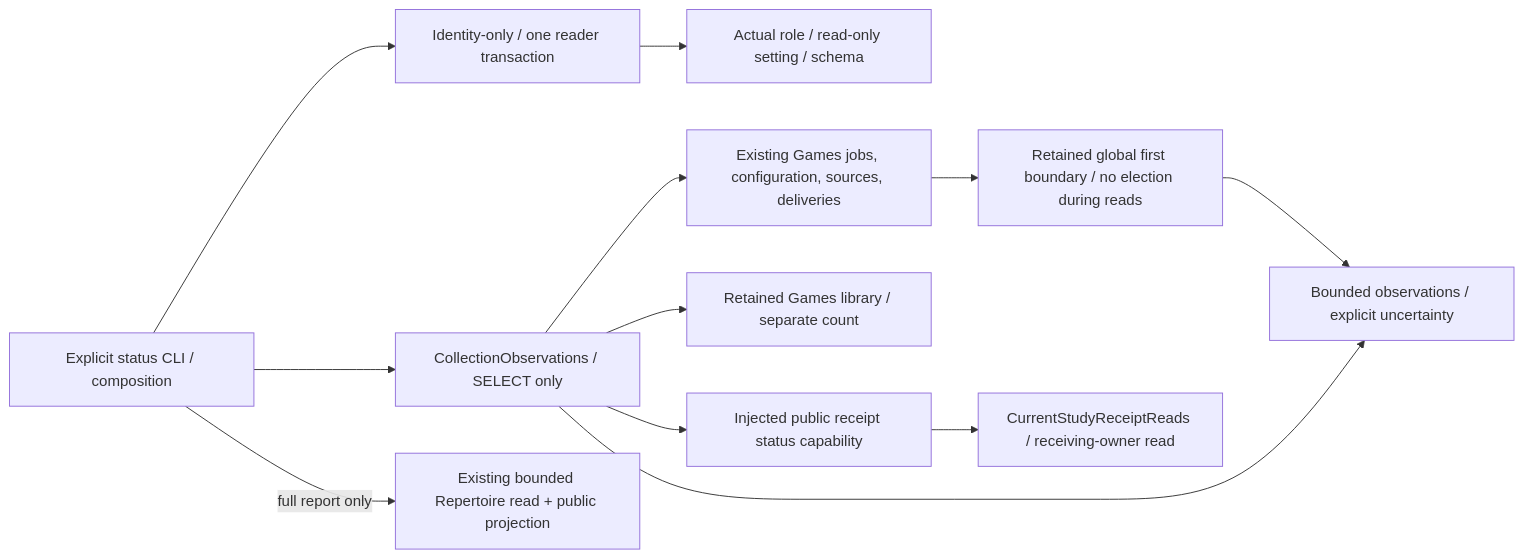
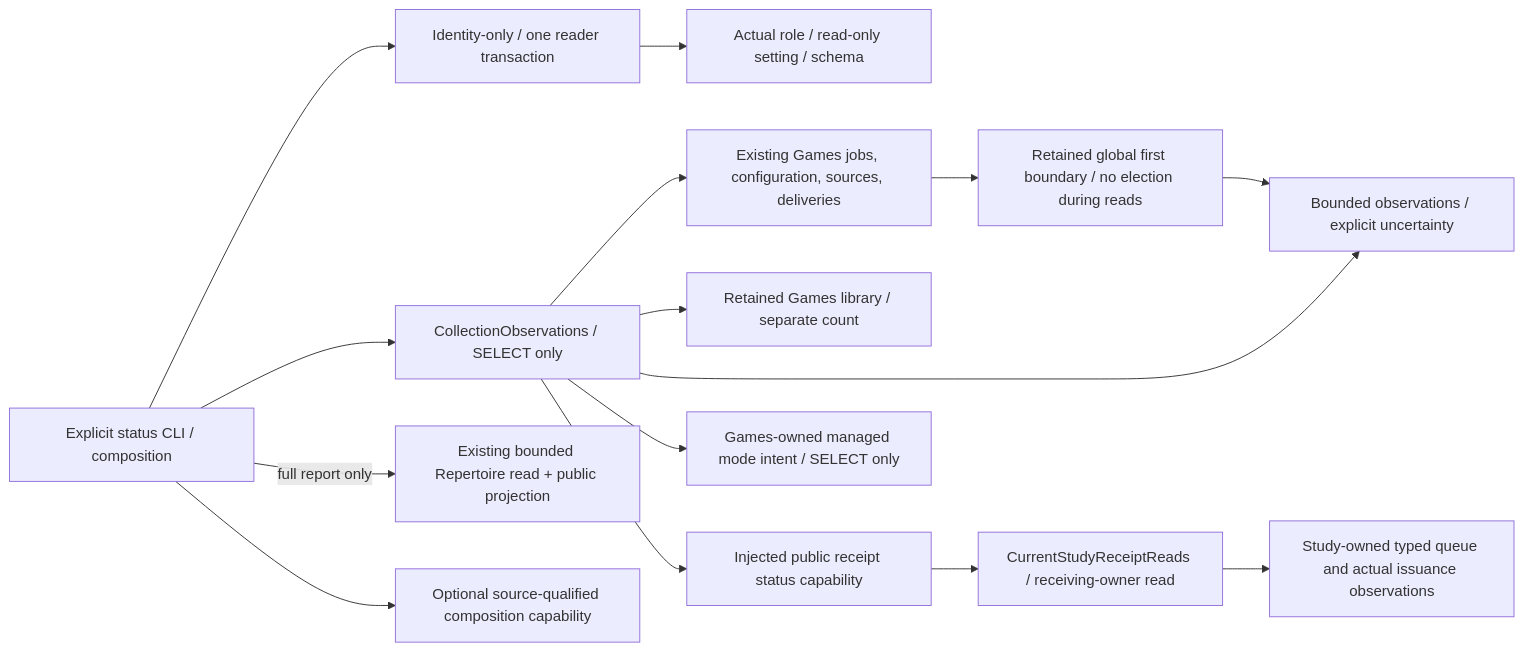
One commit to aaweaver-actuary/tempo changed the second of 2 diagrams in database/tempo_legacy_database/adapters/games/product_review/README.md. Above: the diagram before and after it, drawn with Mermaid. The commit also changed other lines of this file and 10 other files, not shown here.

Commit message:
Expose actual Study progress and document verified managed Games modes

````diff
--- a/database/tempo_legacy_database/adapters/games/product_review/README.md
+++ b/database/tempo_legacy_database/adapters/games/product_review/README.md
@@ -189,14 +206,17 @@
 ```mermaid
 flowchart LR
   CLI["Explicit status CLI / composition"] --> Reader["CollectionObservations / SELECT only"]
   CLI --> Identity["Identity-only / one reader transaction"]
   Identity --> Schema["Actual role / read-only setting / schema"]
   Reader --> Games["Existing Games jobs, configuration, sources, deliveries"]
   Games --> Boundary["Retained global first boundary / no election during reads"]
   Boundary --> JSON
   Reader --> Legacy["Retained Games library / separate count"]
   CLI -->|full report only| Repertoire["Existing bounded Repertoire read + public projection"]
   Reader --> Port["Injected public receipt status capability"]
   Port --> Receipt["CurrentStudyReceiptReads / receiving-owner read"]
+  Receipt --> Observation["Study-owned typed queue and actual issuance observations"]
+  Reader --> Mode["Games-owned managed mode intent / SELECT only"]
+  CLI --> Capability["Optional source-qualified composition capability"]
   Reader --> JSON["Bounded observations / explicit uncertainty"]
 ```
````
